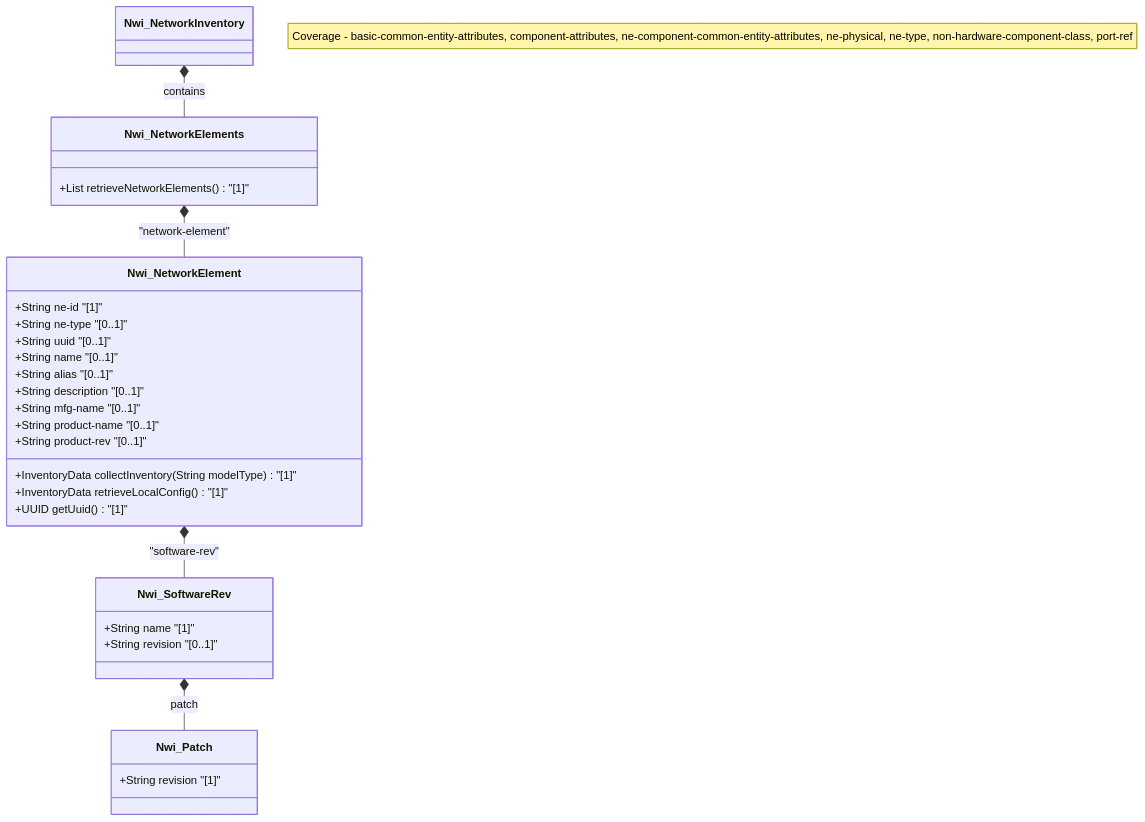
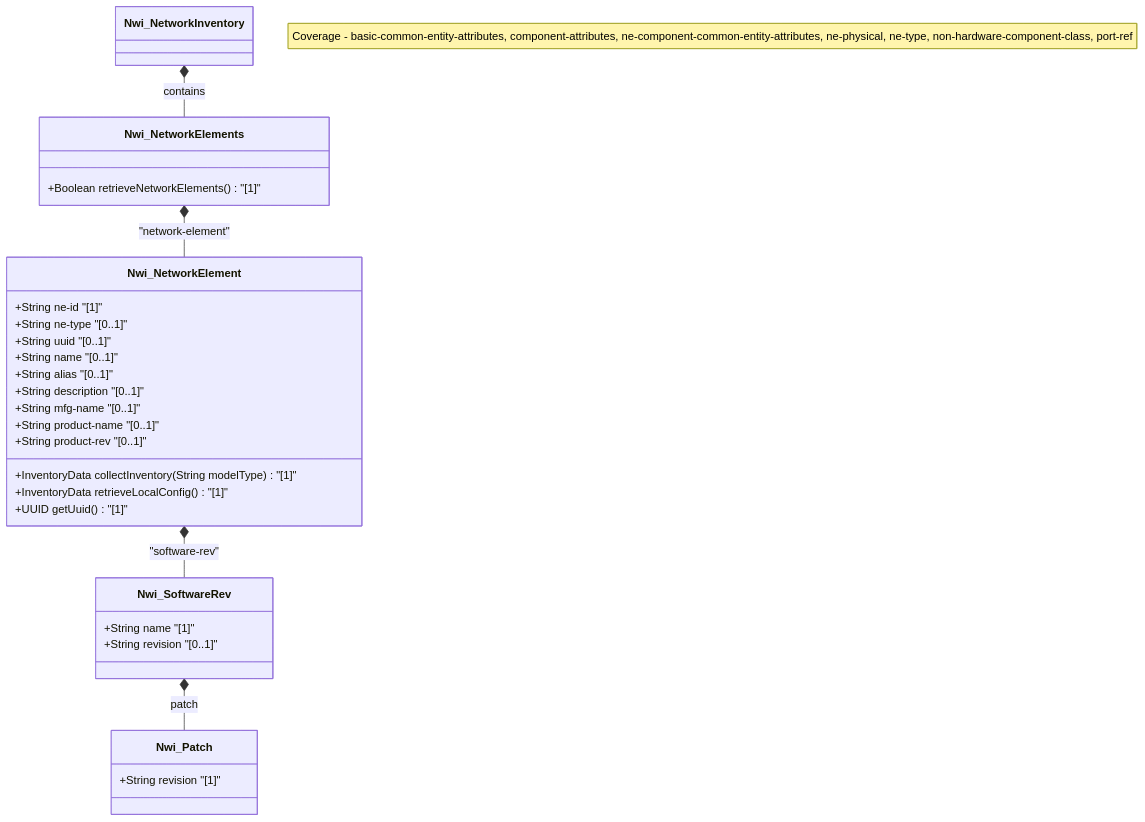
Before and after one commit to gintatkinson/3dgs-032: the diagram in docs/features/feat-15-network-elements.md, drawn with Mermaid. The commit also changed 11 other files, not shown here.

Commit message:
Fix UML method multiplicity, resolve ordinal conflicts, update real matrix

````diff
--- a/docs/features/feat-15-network-elements.md
+++ b/docs/features/feat-15-network-elements.md
@@ -23,34 +23,34 @@
 ```mermaid
 classDiagram
     note "Coverage - basic-common-entity-attributes, component-attributes, ne-component-common-entity-attributes, ne-physical, ne-type, non-hardware-component-class, port-ref"
     class Nwi_NetworkInventory
     class Nwi_NetworkElements {
-        +List retrieveNetworkElements() "[1]"
+        +Boolean retrieveNetworkElements() "[1]"
     }
     class Nwi_NetworkElement {
         +String ne-id "[1]"
         +String ne-type "[0..1]"
         +String uuid "[0..1]"
         +String name "[0..1]"
         +String alias "[0..1]"
         +String description "[0..1]"
         +String mfg-name "[0..1]"
         +String product-name "[0..1]"
         +String product-rev "[0..1]"
         +InventoryData collectInventory(String modelType) "[1]"
         +InventoryData retrieveLocalConfig() "[1]"
         +UUID getUuid() "[1]"
     }
     class Nwi_SoftwareRev {
         +String name "[1]"
         +String revision "[0..1]"
     }
     class Nwi_Patch {
         +String revision "[1]"
     }
 
     Nwi_NetworkInventory *-- Nwi_NetworkElements : contains
     Nwi_NetworkElements *-- Nwi_NetworkElement : "network-element"
     Nwi_NetworkElement *-- Nwi_SoftwareRev : "software-rev"
     Nwi_SoftwareRev *-- Nwi_Patch : patch
 ```
````
